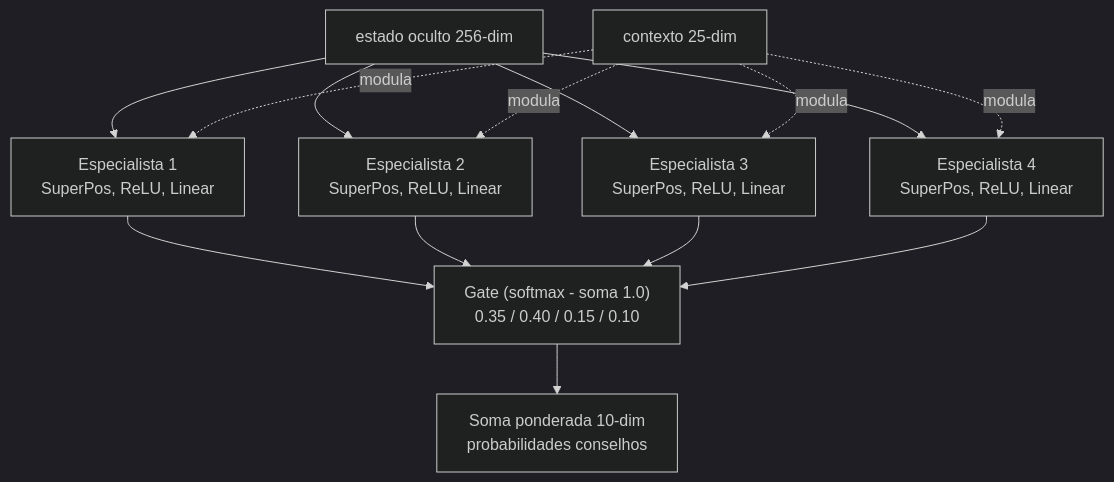
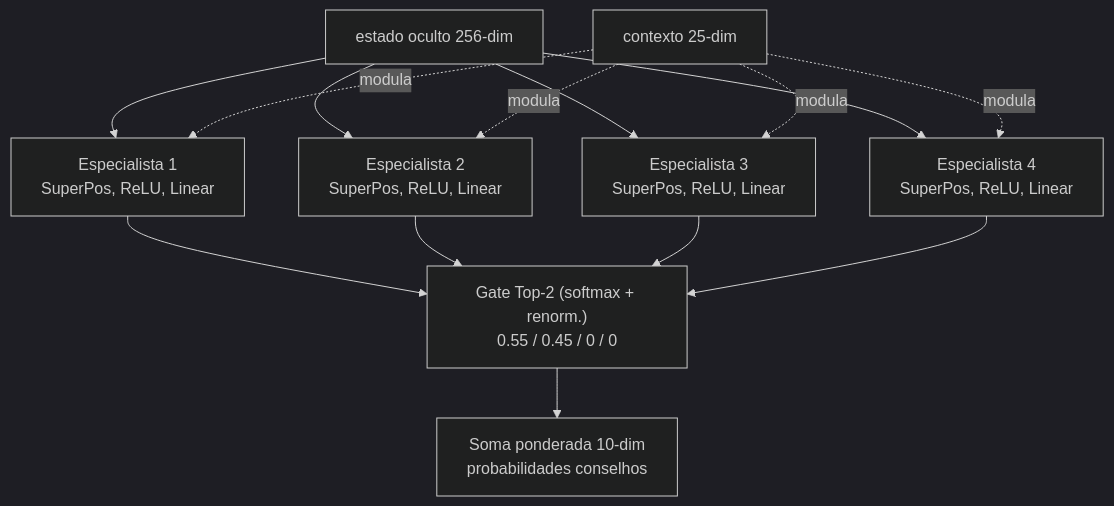
Before and after one commit to renanaugustomacena-ux/Counter-Strike-coach-AI: the fifth of 16 diagrams in docs/books/Book-Coach-1B-pt.md, drawn with Mermaid (dark theme). The commit also changed other lines of this file and 36 other files, not shown here.

````diff
--- a/docs/books/Book-Coach-1B-pt.md
+++ b/docs/books/Book-Coach-1B-pt.md
@@ -217,17 +216,17 @@
 ```mermaid
 flowchart TB
     IN["estado oculto 256-dim"]
     IN --> E1["Especialista 1<br/>SuperPos, ReLU, Linear"]
     IN --> E2["Especialista 2<br/>SuperPos, ReLU, Linear"]
     IN --> E3["Especialista 3<br/>SuperPos, ReLU, Linear"]
     IN --> E4["Especialista 4<br/>SuperPos, ReLU, Linear"]
     CTX["contexto 25-dim"] -.->|"modula"| E1
     CTX -.->|"modula"| E2
     CTX -.->|"modula"| E3
     CTX -.->|"modula"| E4
-    E1 --> GATE["Gate (softmax - soma 1.0)<br/>0.35 / 0.40 / 0.15 / 0.10"]
+    E1 --> GATE["Gate Top-2 (softmax + renorm.)<br/>0.55 / 0.45 / 0 / 0"]
     E2 --> GATE
     E3 --> GATE
     E4 --> GATE
     GATE --> OUT["Soma ponderada 10-dim<br/>probabilidades conselhos"]
 ```
````
